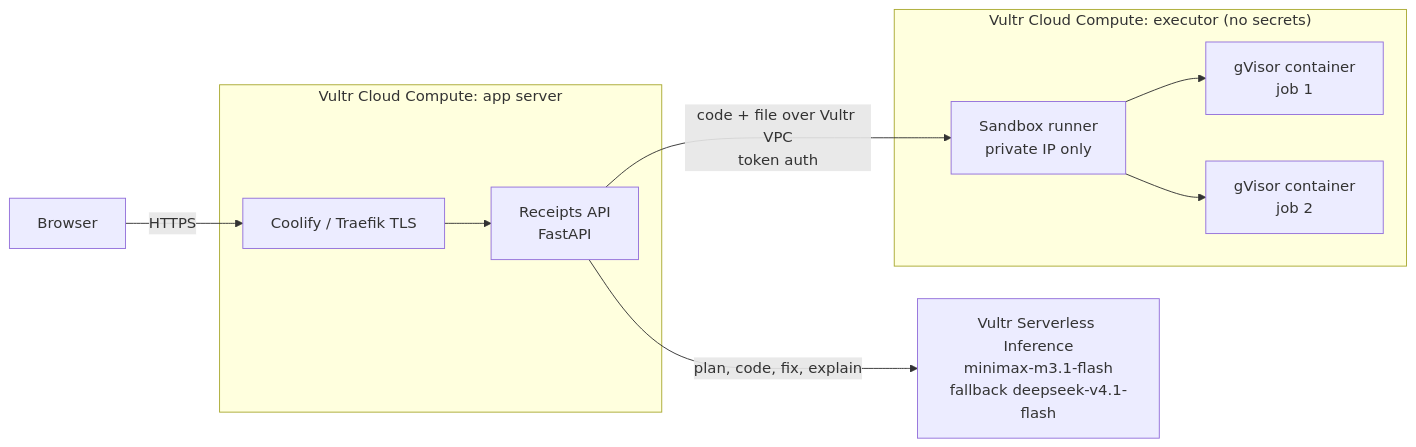
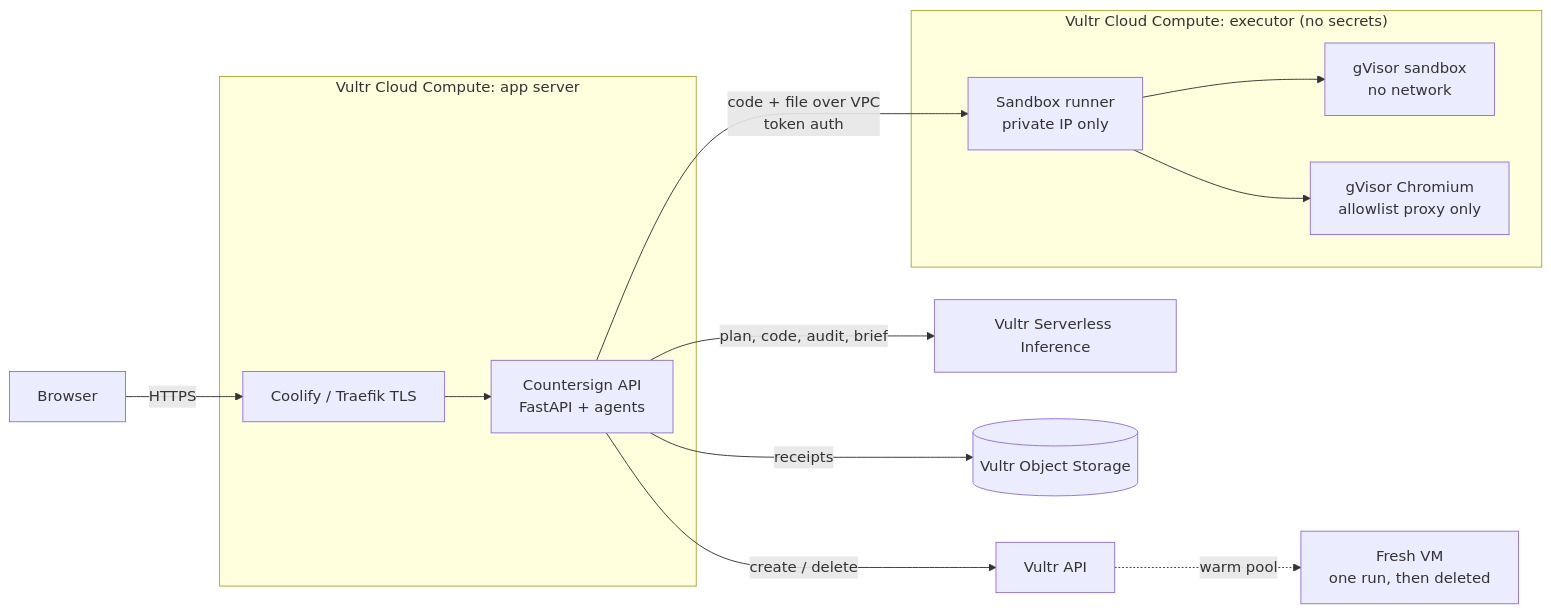
Before and after one commit to Aashir01/receipts-agents: the diagram in README.md, drawn with Mermaid. The commit also changed other lines of this file and 14 other files, not shown here.

````diff
--- a/README.md
+++ b/README.md
@@ -25,16 +160,20 @@
 ```mermaid
 flowchart LR
     U[Browser] -->|HTTPS| T
 
     subgraph VM1["Vultr Cloud Compute: app server"]
-        T[Coolify / Traefik TLS] --> A[Receipts API<br/>FastAPI]
+        T[Coolify / Traefik TLS] --> A[Countersign API<br/>FastAPI + agents]
     end
 
-    A -->|plan, code, fix, explain| I[Vultr Serverless Inference<br/>minimax-m3.1-flash<br/>fallback deepseek-v4.1-flash]
-    A -->|code + file over Vultr VPC<br/>token auth| R
+    A -->|plan, code, audit, brief| I[Vultr Serverless Inference]
+    A -->|receipts| O[(Vultr Object Storage)]
+    A -->|code + file over VPC<br/>token auth| R
+    A -->|create / delete| V[Vultr API]
 
     subgraph VM2["Vultr Cloud Compute: executor (no secrets)"]
-        R[Sandbox runner<br/>private IP only] --> S1[gVisor container<br/>job 1]
-        R --> S2[gVisor container<br/>job 2]
+        R[Sandbox runner<br/>private IP only] --> S1[gVisor sandbox<br/>no network]
+        R --> S2[gVisor Chromium<br/>allowlist proxy only]
     end
+
+    V -.->|warm pool| F[Fresh VM<br/>one run, then deleted]
 ```
````
